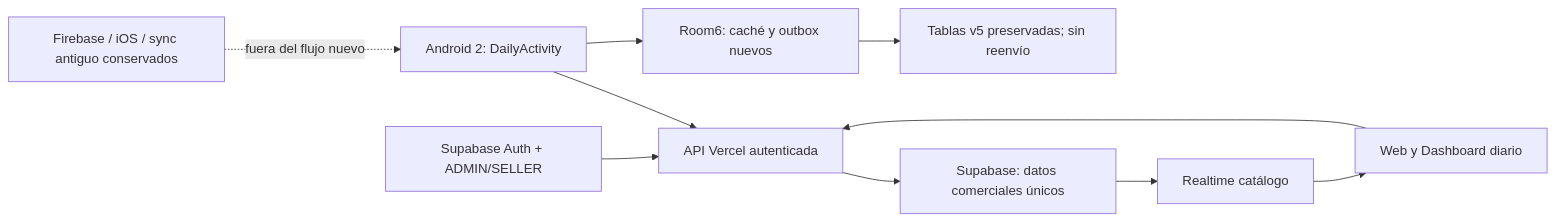
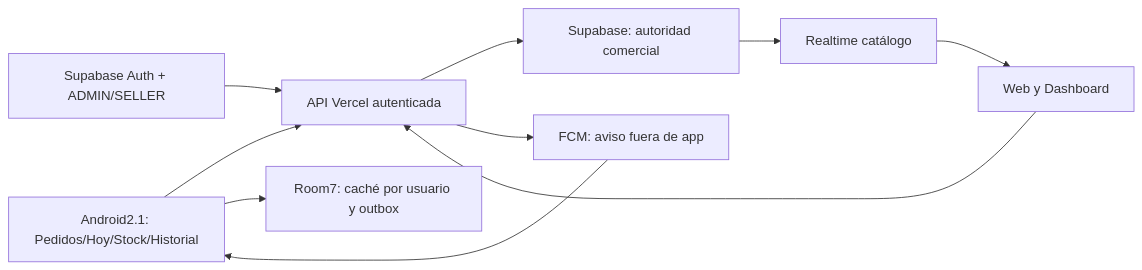
Before and after one commit to NotKingbryanPY/donas-racha: the diagram in docs/knowledge/diagrams/01-system.mmd, drawn with Mermaid. The commit also changed 70 other files, not shown here.

```diff
--- a/docs/knowledge/diagrams/01-system.mmd
+++ b/docs/knowledge/diagrams/01-system.mmd
@@ -1,9 +1,8 @@
 flowchart LR
-  android["Android 2: DailyActivity"] --> api["API Vercel autenticada"]
-  web["Web y Dashboard diario"] --> api
-  api --> pg["Supabase: datos comerciales únicos"]
-  android --> room["Room6: caché y outbox nuevos"]
-  room --> saved["Tablas v5 preservadas; sin reenvío"]
+  android["Android2.1: Pedidos/Hoy/Stock/Historial"] --> api["API Vercel autenticada"]
+  web["Web y Dashboard"] --> api
+  api --> pg["Supabase: autoridad comercial"]
+  android --> room["Room7: caché por usuario y outbox"]
   auth["Supabase Auth + ADMIN/SELLER"] --> api
+  api --> fcm["FCM: aviso fuera de app"] --> android
   pg --> rt["Realtime catálogo"] --> web
-  legacy["Firebase / iOS / sync antiguo conservados"] -. fuera del flujo nuevo .-> android
```
